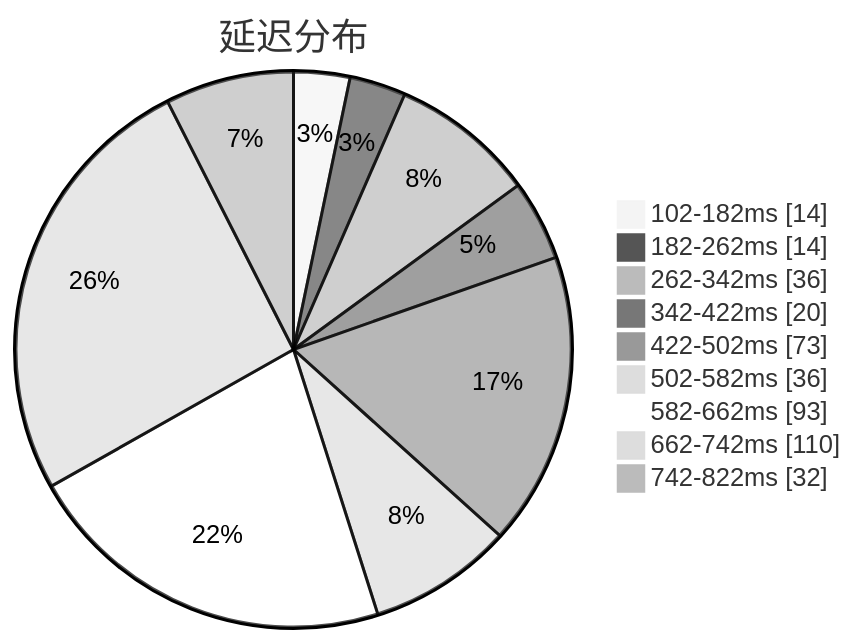
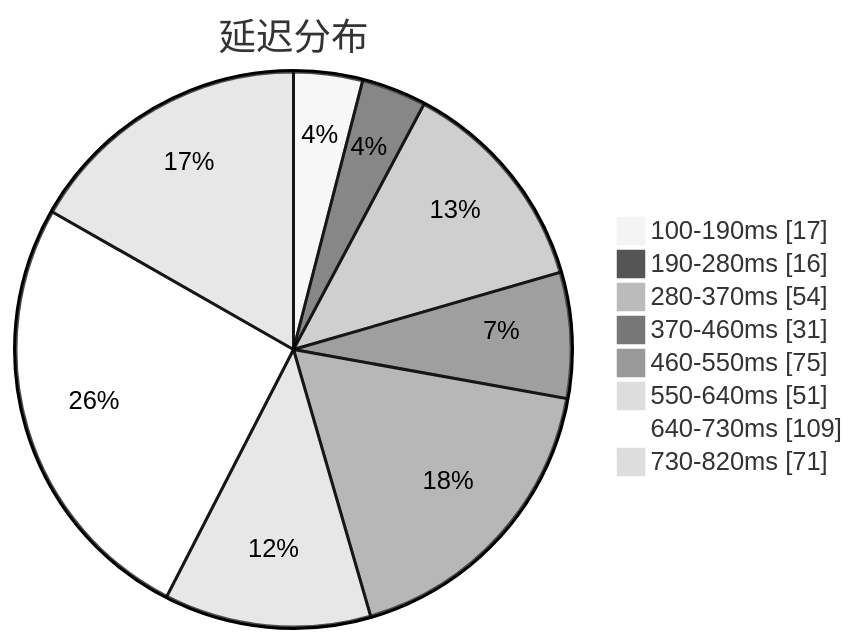
The first of 3 diagrams in subs/statistics/tested_within.md (sinspired/airport), drawn with Mermaid (neutral theme) before and after one commit. The commit also changed other lines of this file and 2 other files, not shown here.

````diff
--- a/subs/statistics/tested_within.md
+++ b/subs/statistics/tested_within.md
@@ -2,13 +2,12 @@
 ```mermaid
 pie showData
 title 延迟分布
-"102-182ms" : 14
-"182-262ms" : 14
-"262-342ms" : 36
-"342-422ms" : 20
-"422-502ms" : 73
-"502-582ms" : 36
-"582-662ms" : 93
-"662-742ms" : 110
-"742-822ms" : 32
+"100-190ms" : 17
+"190-280ms" : 16
+"280-370ms" : 54
+"370-460ms" : 31
+"460-550ms" : 75
+"550-640ms" : 51
+"640-730ms" : 109
+"730-820ms" : 71
 ```
````
